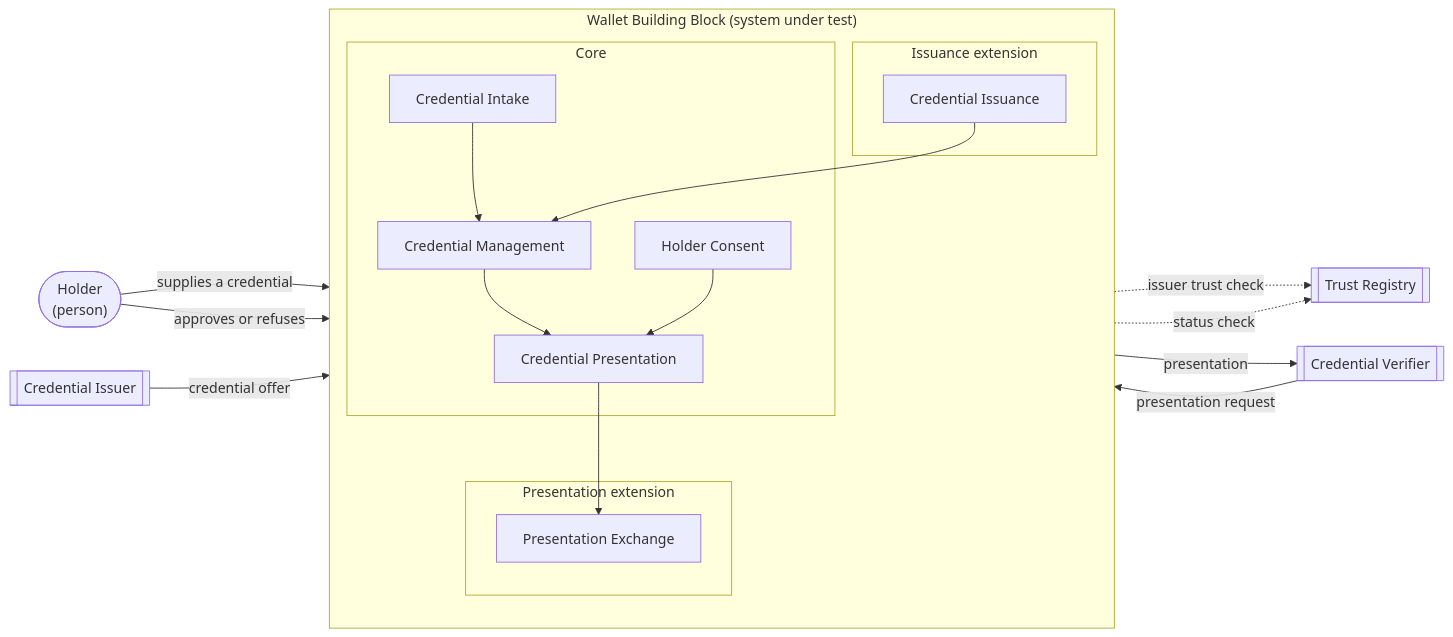
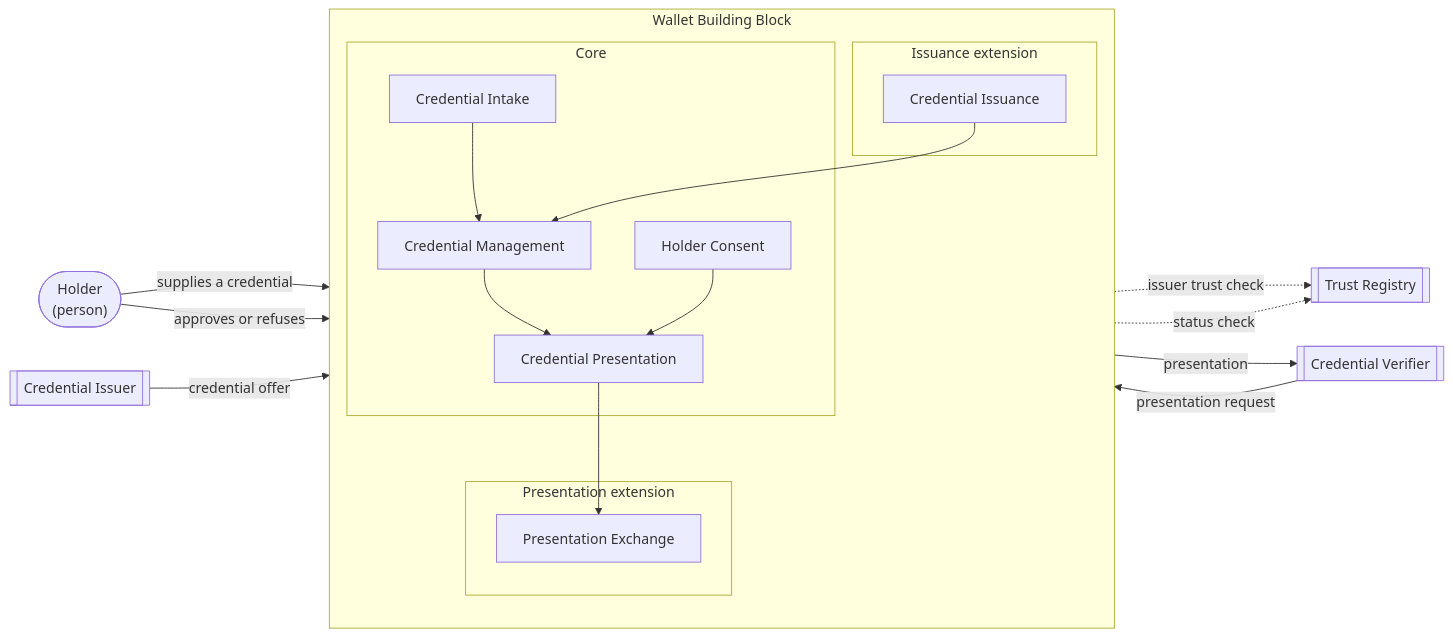
Before and after one commit to GovStackWorkingGroup/specification-framework: the second of 2 diagrams in chapters/introductory_chapters.md, drawn with Mermaid. The commit also changed other lines of this file and 9 other files, not shown here.

````diff
--- a/chapters/introductory_chapters.md
+++ b/chapters/introductory_chapters.md
@@ -165,36 +270,36 @@
 ```mermaid
 flowchart LR
   Person(["Holder<br/>(person)"])
   Issuer[["Credential Issuer"]]
   Verifier[["Credential Verifier"]]
   Registry[["Trust Registry"]]
 
-  subgraph SUT["Wallet Building Block (system under test)"]
+  subgraph BB["Wallet Building Block"]
     direction TB
     subgraph Core["Core"]
       Accept["Credential Intake"]
       Store["Credential Management"]
       Consent["Holder Consent"]
       Present["Credential Presentation"]
     end
     subgraph ExtI["Issuance extension"]
       Issue["Credential Issuance"]
     end
     subgraph ExtP["Presentation extension"]
       Exchange["Presentation Exchange"]
     end
     Accept --> Store
     Store --> Present
     Consent --> Present
     Issue --> Store
     Present --> Exchange
   end
 
   Person -- "supplies a credential" --> Accept
   Person -- "approves or refuses" --> Consent
   Issuer -- "credential offer" --> Issue
   Issue -. "issuer trust check" .-> Registry
   Verifier -- "presentation request" --> Exchange
   Exchange -- "presentation" --> Verifier
   Exchange -. "status check" .-> Registry
 ```
````
